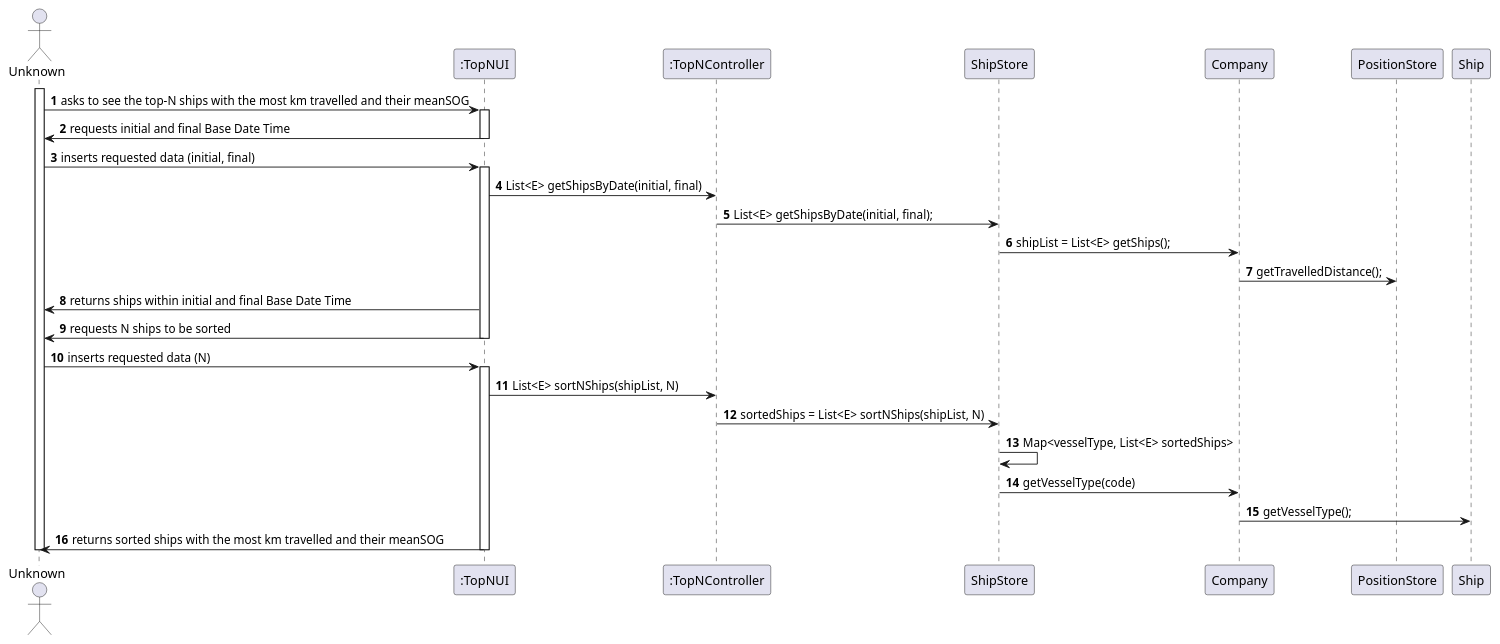
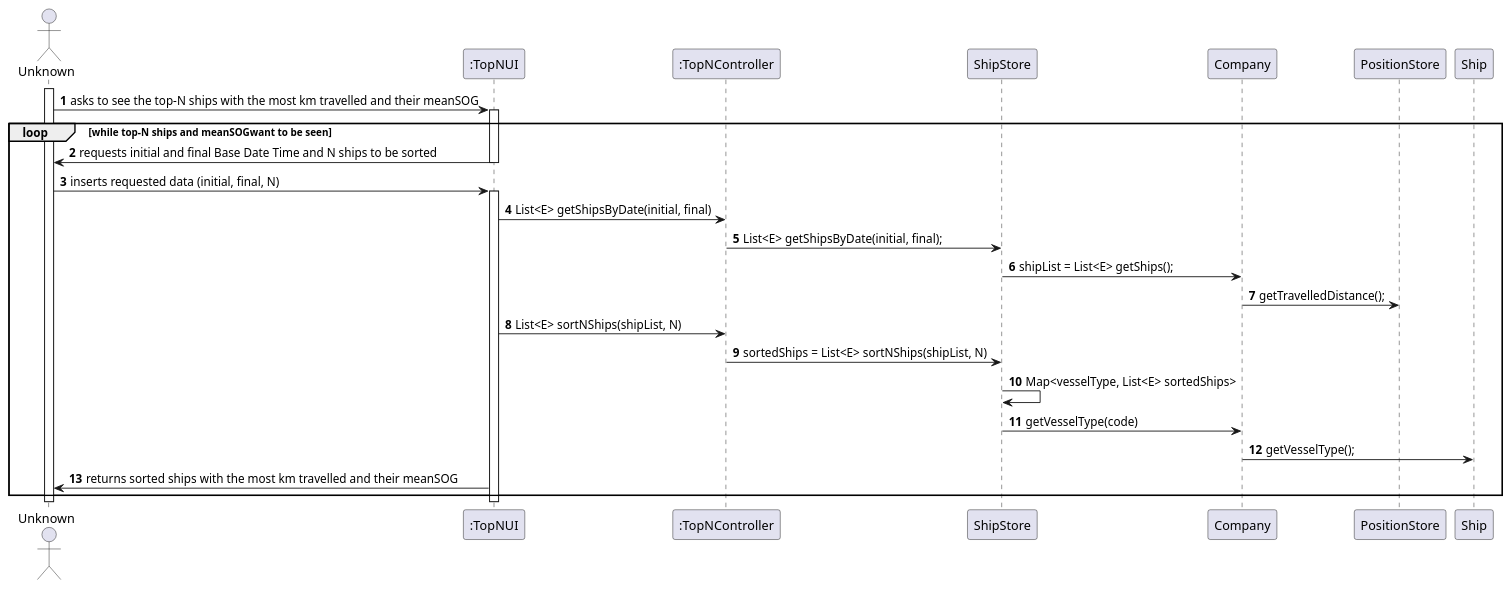
Before and after one commit to ana-albergaria/LAPR3-ISEP: the diagram in docs/US106/US106_SD.puml, drawn with PlantUML. The commit also changed 1 other file, not shown here.

Commit message:
G54-6 #comment final version of SD

```diff
--- a/docs/US106/US106_SD.puml
+++ b/docs/US106/US106_SD.puml
@@ -1,44 +1,41 @@
 @startuml
 autonumber
 'hide footbox
 actor "Unknown" as ADM
 
 participant ":TopNUI" as UI
 participant ":TopNController" as CTRL
 participant "ShipStore" as STORE
 participant "Company" as COMP
 participant "PositionStore" as POSITION
 participant "Ship" as SHIP
 
 
 activate ADM
 ADM -> UI : asks to see the top-N ships with the most km travelled and their meanSOG
 activate UI
-UI -> ADM : requests initial and final Base Date Time
+loop while top-N ships and meanSOGwant to be seen
+UI -> ADM : requests initial and final Base Date Time and N ships to be sorted
 deactivate UI
 
-ADM -> UI : inserts requested data (initial, final)
+ADM -> UI : inserts requested data (initial, final, N)
 activate UI
 UI -> CTRL : List<E> getShipsByDate(initial, final)
 CTRL -> STORE : List<E> getShipsByDate(initial, final);
 STORE -> COMP : shipList = List<E> getShips();
 COMP -> POSITION : getTravelledDistance();
-UI -> ADM : returns ships within initial and final Base Date Time
-UI -> ADM : requests N ships to be sorted
-deactivate UI
 
-ADM -> UI : inserts requested data (N)
-activate UI
 UI -> CTRL : List<E> sortNShips(shipList, N)
 CTRL -> STORE : sortedShips = List<E> sortNShips(shipList, N)
 STORE -> STORE : Map<vesselType, List<E> sortedShips>
 STORE -> COMP : getVesselType(code)
 COMP -> SHIP : getVesselType();
 UI -> ADM : returns sorted ships with the most km travelled and their meanSOG
+end
 deactivate UI
 
 
 
 
 deactivate ADM
 @enduml
```
